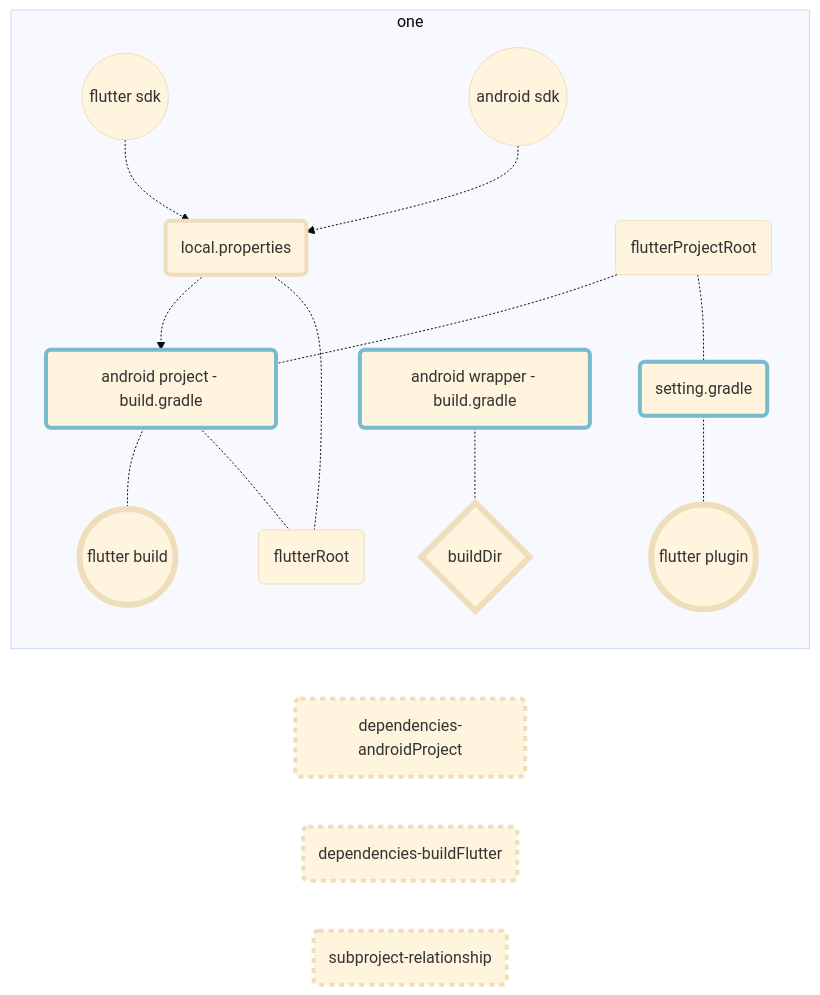
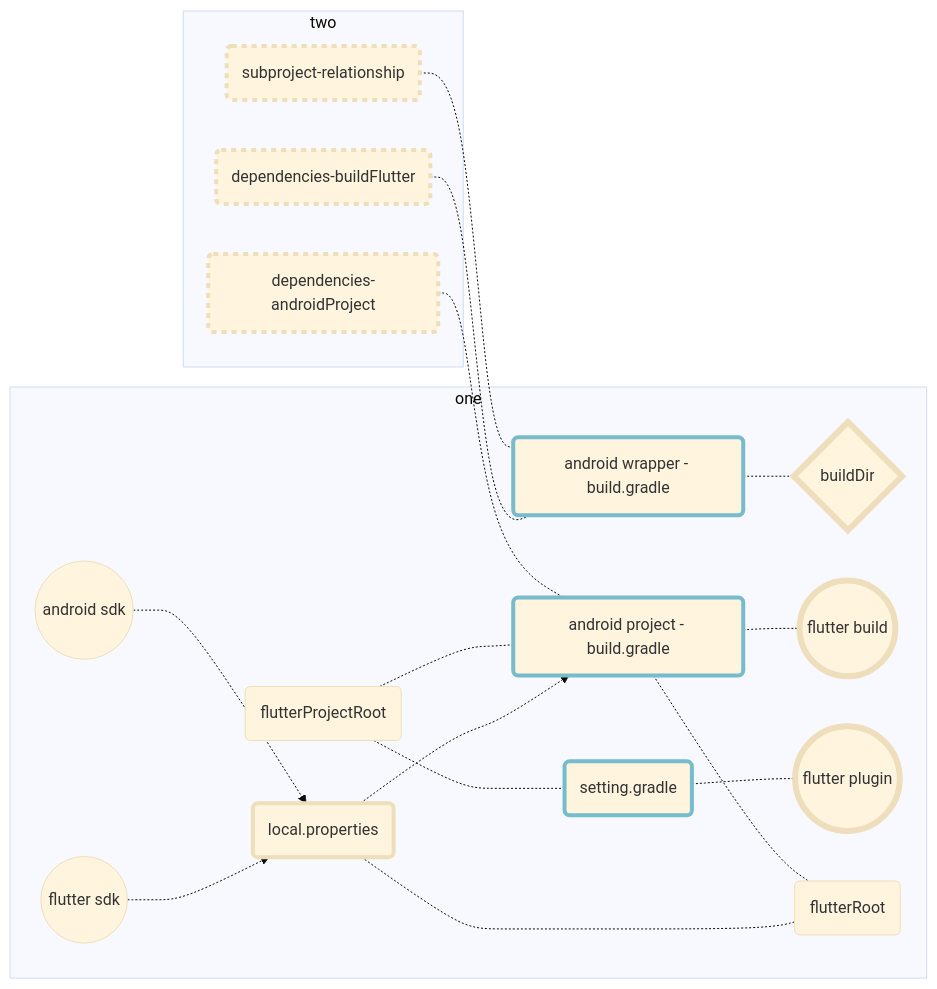
Before and after one commit to gordianknotC/nxp_note: the second of 3 diagrams in flutter/addAndroidProjIntoFlutter.md, drawn with Mermaid (base theme). The commit also changed other lines of this file, not shown here.

Commit message:
flutter/addAndroidProjIntoFlutter.md updated from https://stackedit.io/

````diff
--- a/flutter/addAndroidProjIntoFlutter.md
+++ b/flutter/addAndroidProjIntoFlutter.md
@@ -241,48 +241,53 @@
 ```mermaid
 graph LR
 	fdk((flutter sdk))
 	adk((android sdk))
 	
 	dfb{buildDir}
 	fbuild((flutter build))
 	fpgn((flutter plugin))
 	style fbuild stroke-width:6px   
 	style fpgn stroke-width:6px 
 	style dfb stroke-width:6px 
 	
 	loc(local.properties)
 	style loc stroke-width:4px   
 	
 	set(setting.gradle)
 	b1(android wrapper - build.gradle)
 	b2(android project - build.gradle)
 	style b1 stroke-width:4px, stroke:#7bc
 	style b2 stroke-width:4px, stroke:#7bc
 	style set stroke-width:4px, stroke:#7bc
 
 	dfr(flutterRoot)
 	dfp(flutterProjectRoot)
 	
 	
 	dandroid(dependencies-androidProject)
 	dflutter(dependencies-buildFlutter)
 	dsub(subproject-relationship)
 	style dandroid stroke-width:4px, stroke-dasharray: 5
 	style dflutter stroke-width:4px, stroke-dasharray: 5
 	style dsub stroke-width:4px, stroke-dasharray: 5
 	
 	subgraph one
-	b2 -.- fbuild
-	fdk -.-> loc
-	adk -.-> loc
-	loc -.-> b2
-	loc -.- dfr
-	b2 -.- dfr
-	dfp -.- b2
-	dfp -.- set
-	set -.- fpgn
+		b2 -.- fbuild
+		fdk -.-> loc
+		adk -.-> loc
+		loc -.-> b2
+		loc -.- dfr
+		b2 -.- dfr
+		dfp -.- b2
+		dfp -.- set
+		set -.- fpgn
+		
+		b1 -.- dfb
+	end
 	
-	b1 -.- dfb
+	subgraph two
+		dandroid -.- b2
+		dflutter -.- b1
+		dsub -.- b1
 	end
-
 ```
````
